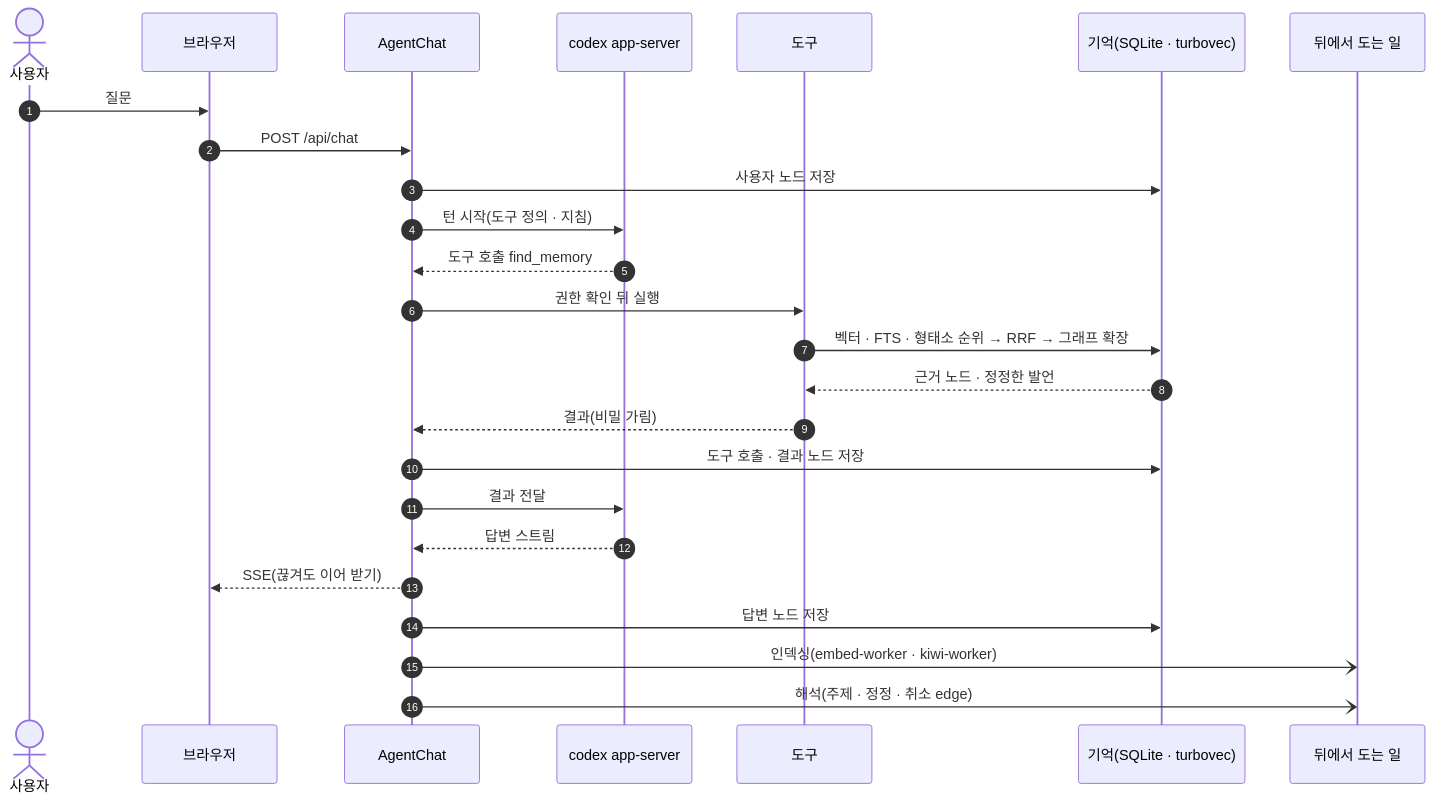
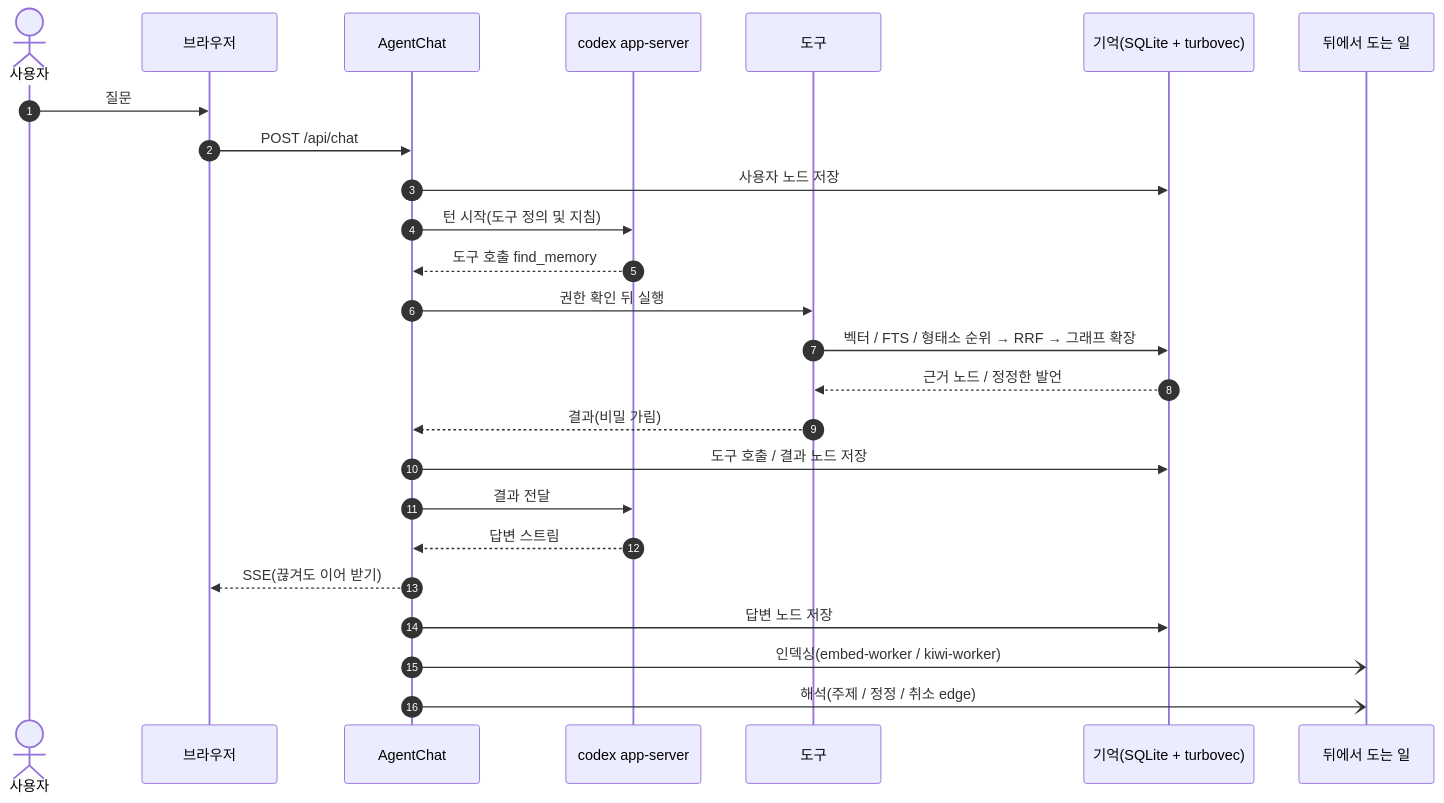
Before and after one commit to CreeJee/context-generactive-ai-agent: the second of 3 diagrams in README.md, drawn with Mermaid. The commit also changed other lines of this file and 8 other files, not shown here.

````diff
--- a/README.md
+++ b/README.md
@@ -79,28 +83,28 @@
 ```mermaid
 sequenceDiagram
   autonumber
   actor User as 사용자
   participant UI as 브라우저
   participant Chat as AgentChat
   participant Codex as codex app-server
   participant Tools as 도구
-  participant Mem as 기억(SQLite · turbovec)
+  participant Mem as 기억(SQLite + turbovec)
   participant BG as 뒤에서 도는 일
 
   User->>UI: 질문
   UI->>Chat: POST /api/chat
   Chat->>Mem: 사용자 노드 저장
-  Chat->>Codex: 턴 시작(도구 정의 · 지침)
+  Chat->>Codex: 턴 시작(도구 정의 및 지침)
   Codex-->>Chat: 도구 호출 find_memory
   Chat->>Tools: 권한 확인 뒤 실행
-  Tools->>Mem: 벡터 · FTS · 형태소 순위 → RRF → 그래프 확장
-  Mem-->>Tools: 근거 노드 · 정정한 발언
+  Tools->>Mem: 벡터 / FTS / 형태소 순위 → RRF → 그래프 확장
+  Mem-->>Tools: 근거 노드 / 정정한 발언
   Tools-->>Chat: 결과(비밀 가림)
-  Chat->>Mem: 도구 호출 · 결과 노드 저장
+  Chat->>Mem: 도구 호출 / 결과 노드 저장
   Chat->>Codex: 결과 전달
   Codex-->>Chat: 답변 스트림
   Chat-->>UI: SSE(끊겨도 이어 받기)
   Chat->>Mem: 답변 노드 저장
-  Chat-)BG: 인덱싱(embed-worker · kiwi-worker)
-  Chat-)BG: 해석(주제 · 정정 · 취소 edge)
+  Chat-)BG: 인덱싱(embed-worker / kiwi-worker)
+  Chat-)BG: 해석(주제 / 정정 / 취소 edge)
 ```
````
